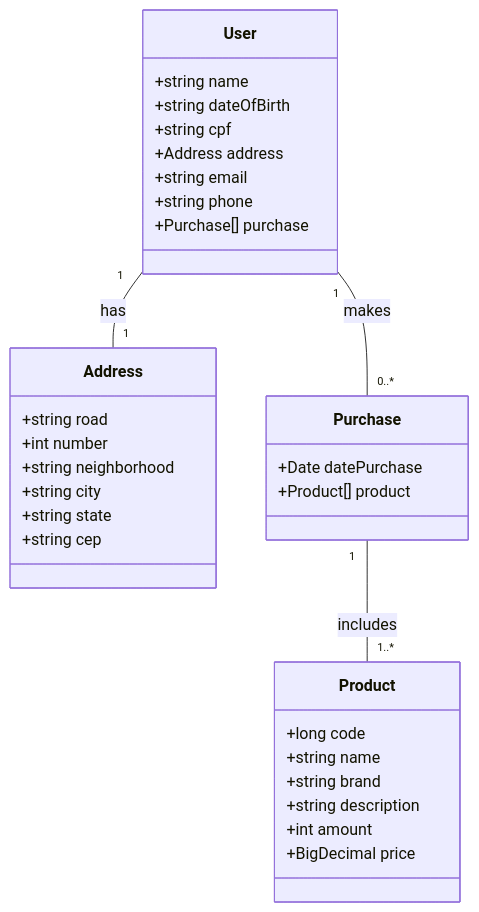
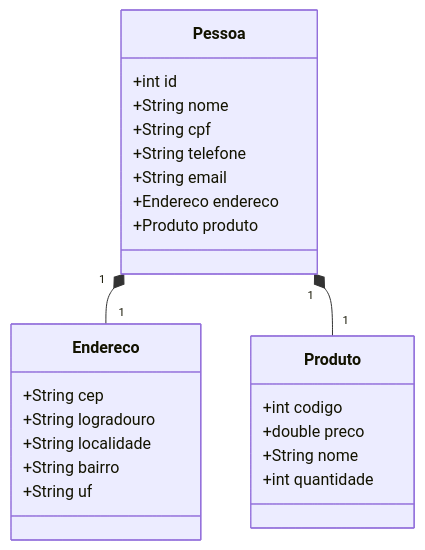
One commit to JefersonFreire/store changed the diagram in README.md. Above: the diagram before and after it, drawn with Mermaid.

Commit message:
Update README.md
alteração diagrama de classe

````diff
--- a/README.md
+++ b/README.md
@@ -3,39 +3,31 @@
 ```mermaid
 classDiagram
-    class User {
-        +string name
-        +string dateOfBirth
-        +string cpf
-        +Address address
-        +string email
-        +string phone
-        +Purchase[] purchase
+    class Pessoa {
+        +int id
+        +String nome
+        +String cpf
+        +String telefone
+        +String email
+        +Endereco endereco
+        +Produto produto
     }
 
-    class Address {
-        +string road
-        +int number
-        +string neighborhood
-        +string city
-        +string state
-        +string cep
+    class Endereco {
+        +String cep
+        +String logradouro
+        +String localidade
+        +String bairro
+        +String uf
     }
 
-    class Product {
-        +long code
-        +string name
-        +string brand
-        +string description
-        +int amount
-        +BigDecimal price
+    class Produto {
+        +int codigo
+        +double preco
+        +String nome
+        +int quantidade
     }
 
-    class Purchase {
-        +Date datePurchase
-        +Product[] product
-    }
+    Pessoa "1" *-- "1" Endereco
+    Pessoa "1" *-- "1" Produto
 
-    User "1" -- "1" Address : has
-    User "1" -- "0..*" Purchase : makes
-    Purchase "1" -- "1..*" Product : includes
 ```
````
